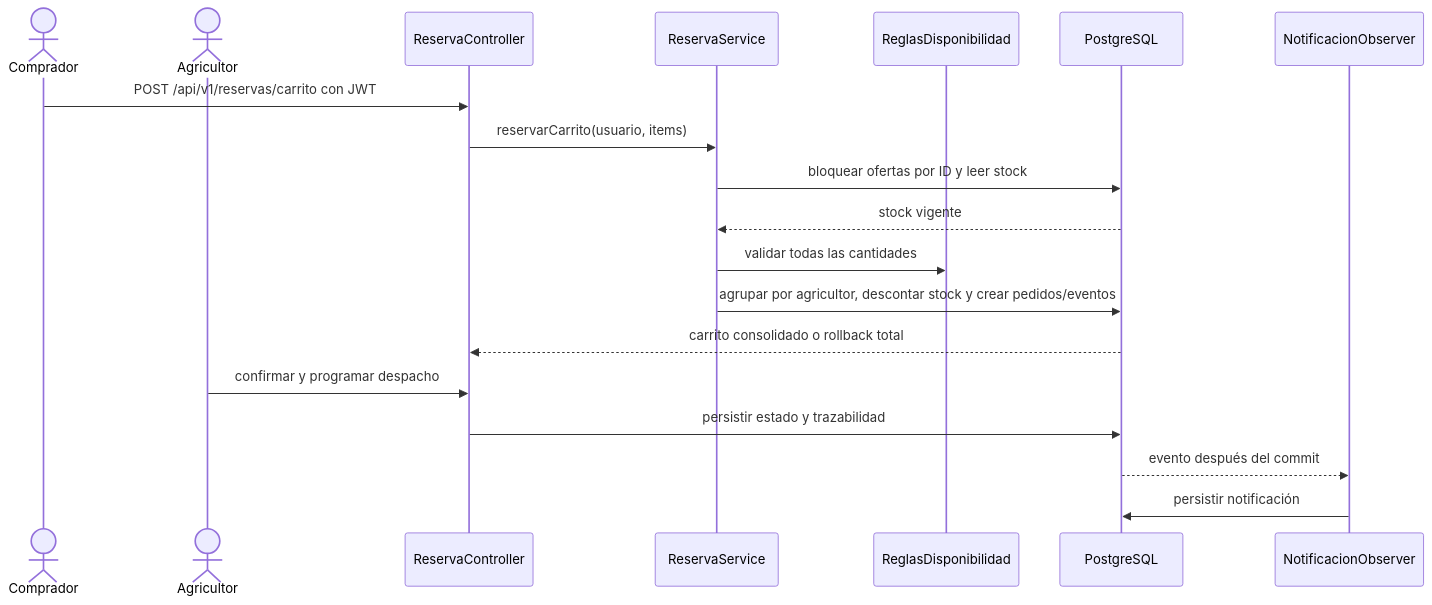
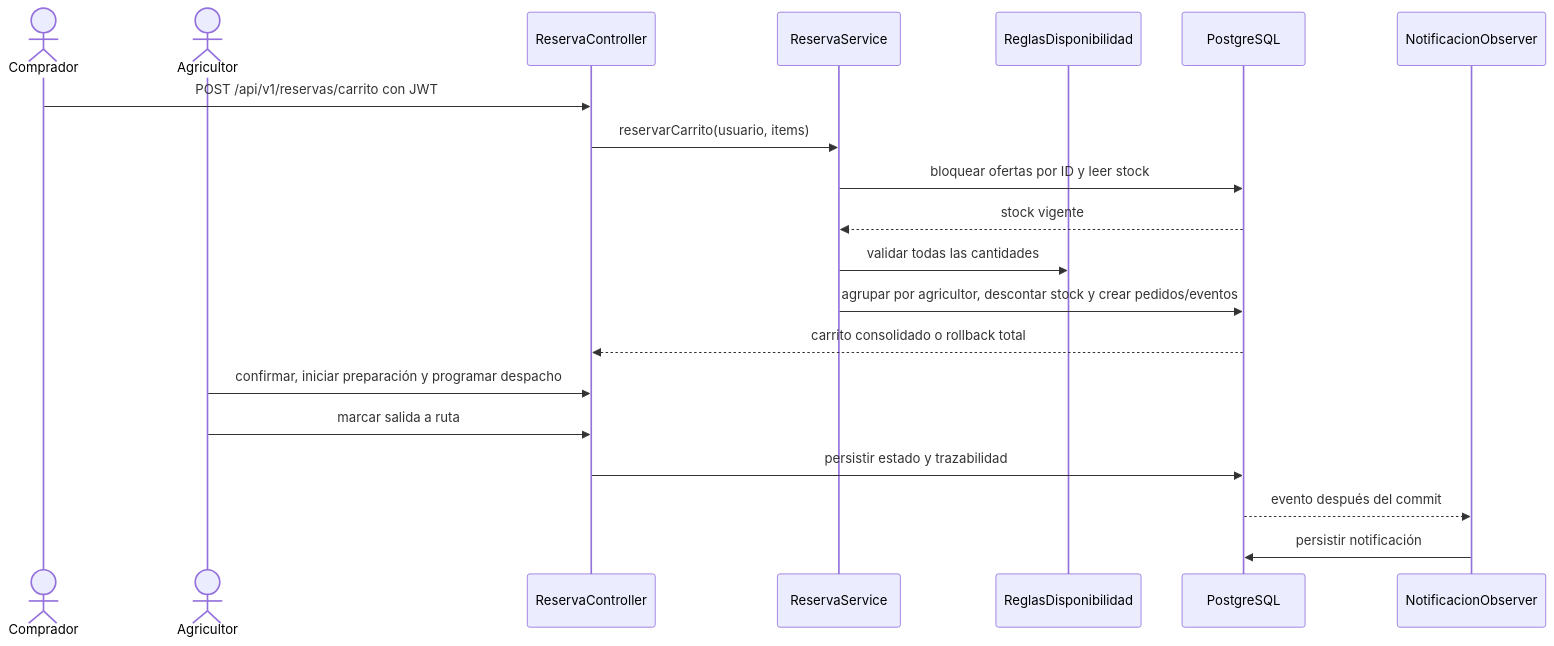
One commit to santixit/agrovalle-connect changed the seventh of 8 diagrams in docs/uml/README.md. Above: the diagram before and after it, drawn with Mermaid. The commit also changed 14 other files, not shown here.

````diff
--- a/docs/uml/README.md
+++ b/docs/uml/README.md
@@ -245,21 +245,22 @@
 ```mermaid
 sequenceDiagram
   actor Comprador
   actor Agricultor
   participant API as ReservaController
   participant Servicio as ReservaService
   participant Regla as ReglasDisponibilidad
   participant DB as PostgreSQL
   participant Observer as NotificacionObserver
   Comprador->>API: POST /api/v1/reservas/carrito con JWT
   API->>Servicio: reservarCarrito(usuario, items)
   Servicio->>DB: bloquear ofertas por ID y leer stock
   DB-->>Servicio: stock vigente
   Servicio->>Regla: validar todas las cantidades
   Servicio->>DB: agrupar por agricultor, descontar stock y crear pedidos/eventos
   DB-->>API: carrito consolidado o rollback total
-  Agricultor->>API: confirmar y programar despacho
+  Agricultor->>API: confirmar, iniciar preparación y programar despacho
+  Agricultor->>API: marcar salida a ruta
   API->>DB: persistir estado y trazabilidad
   DB-->>Observer: evento después del commit
   Observer->>DB: persistir notificación
 ```
````
